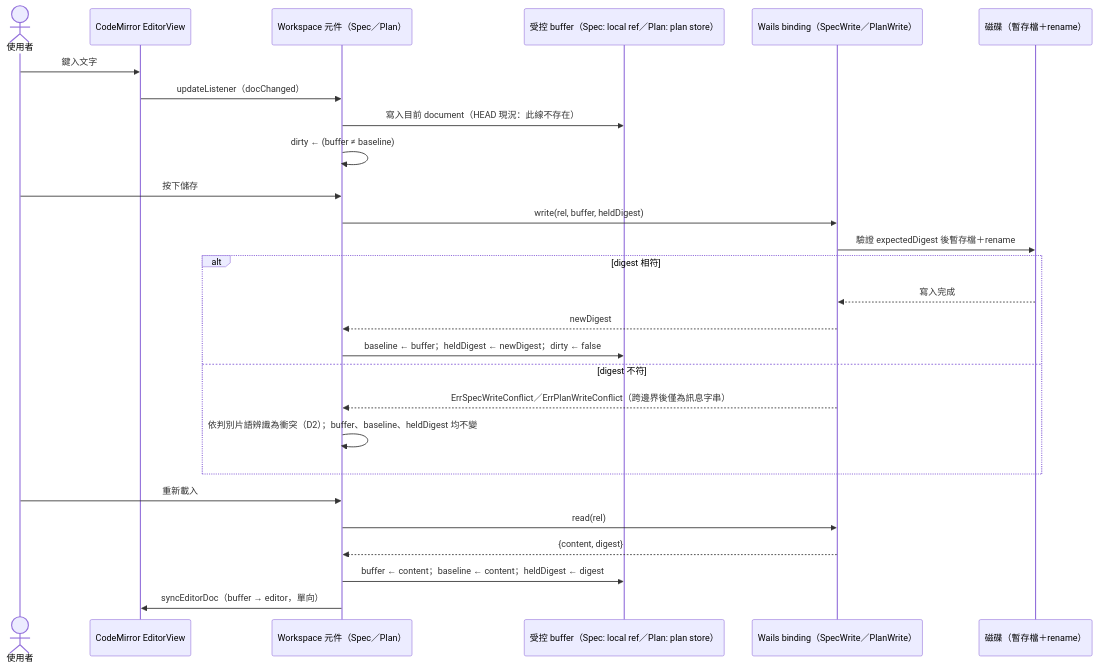
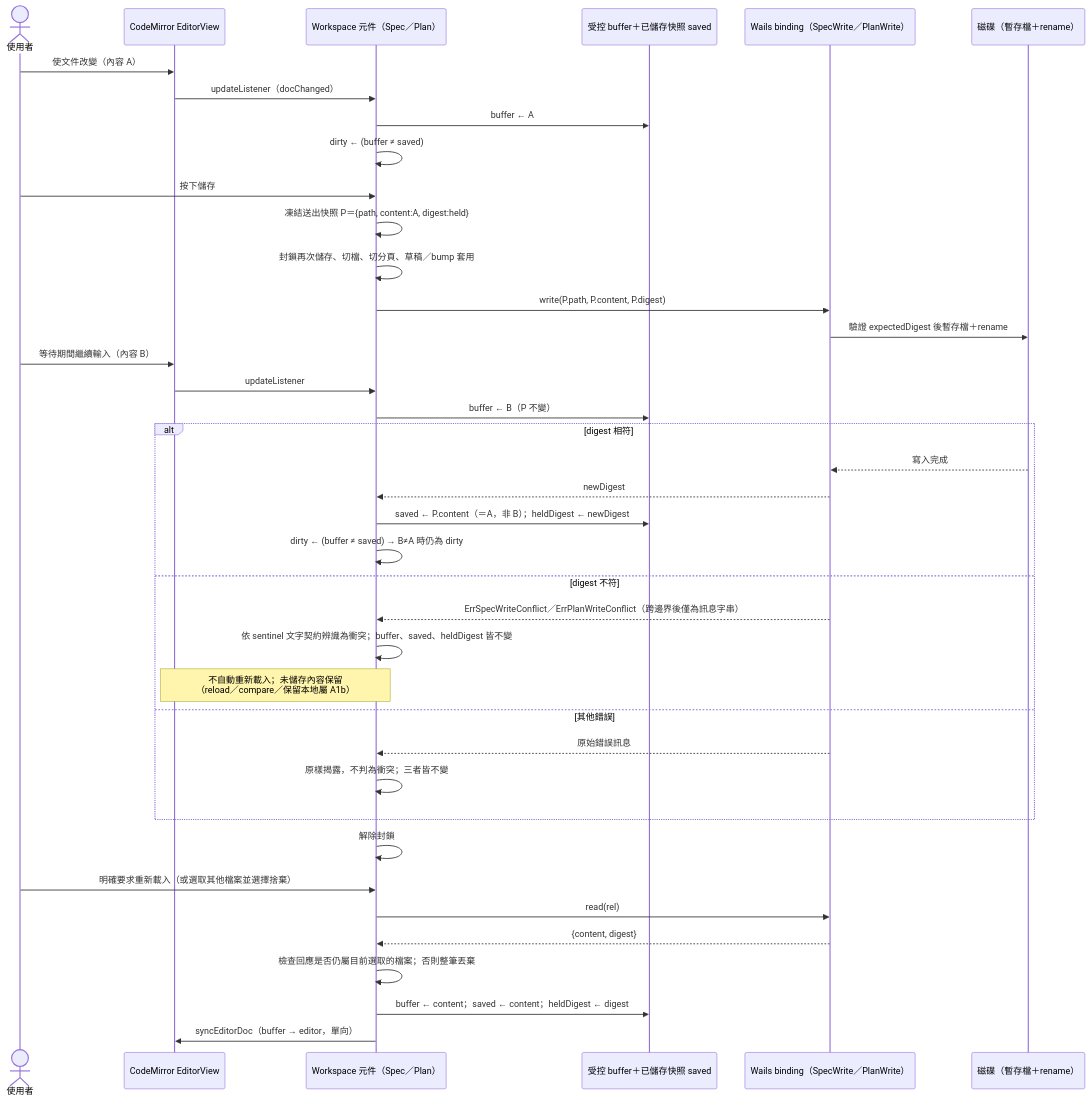
One commit to slam0504/ai-software-engineering changed the diagram in docs/architecture/diagrams/a1a-seq-save.mmd. Above: the diagram before and after it, drawn with Mermaid. The commit also changed 5 other files, not shown here.

First line of the commit message:
docs(a1a,b2b): A1a rev2（非同步儲存契約、場景改寫 18 案例、mutation 15 項、人工驗收、重估 2.16 pt 與拆票建議）＋B2b 一致性修正（plan rev8、backlog rev29）

```diff
--- a/docs/architecture/diagrams/a1a-seq-save.mmd
+++ b/docs/architecture/diagrams/a1a-seq-save.mmd
@@ -1,31 +1,45 @@
 sequenceDiagram
-  %% A1a：真實輸入 → 儲存 → 重載（含 digest 衝突分支）
+  %% A1a rev2：真實輸入 → 儲存（含等待期間繼續輸入）→ 衝突分支 → 重新載入
   actor U as 使用者
   participant CM as CodeMirror EditorView
   participant C as Workspace 元件（Spec／Plan）
-  participant B as 受控 buffer（Spec: local ref／Plan: plan store）
+  participant B as 受控 buffer＋已儲存快照 saved
   participant W as Wails binding（SpecWrite／PlanWrite）
   participant FS as 磁碟（暫存檔＋rename）
 
-  U->>CM: 鍵入文字
+  U->>CM: 使文件改變（內容 A）
   CM->>C: updateListener（docChanged）
-  C->>B: 寫入目前 document（HEAD 現況：此線不存在）
-  C->>C: dirty ← (buffer ≠ baseline)
+  C->>B: buffer ← A
+  C->>C: dirty ← (buffer ≠ saved)
 
   U->>C: 按下儲存
-  C->>W: write(rel, buffer, heldDigest)
+  C->>C: 凍結送出快照 P＝{path, content:A, digest:held}
+  C->>C: 封鎖再次儲存、切檔、切分頁、草稿／bump 套用
+  C->>W: write(P.path, P.content, P.digest)
   W->>FS: 驗證 expectedDigest 後暫存檔＋rename
+
+  U->>CM: 等待期間繼續輸入（內容 B）
+  CM->>C: updateListener
+  C->>B: buffer ← B（P 不變）
+
   alt digest 相符
     FS-->>W: 寫入完成
     W-->>C: newDigest
-    C->>B: baseline ← buffer；heldDigest ← newDigest；dirty ← false
+    C->>B: saved ← P.content（＝A，非 B）；heldDigest ← newDigest
+    C->>C: dirty ← (buffer ≠ saved) → B≠A 時仍為 dirty
   else digest 不符
     W-->>C: ErrSpecWriteConflict／ErrPlanWriteConflict（跨邊界後僅為訊息字串）
-    C->>C: 依判別片語辨識為衝突（D2）；buffer、baseline、heldDigest 均不變
+    C->>C: 依 sentinel 文字契約辨識為衝突；buffer、saved、heldDigest 皆不變
+    Note over C,CM: 不自動重新載入；未儲存內容保留<br/>（reload／compare／保留本地屬 A1b）
+  else 其他錯誤
+    W-->>C: 原始錯誤訊息
+    C->>C: 原樣揭露，不判為衝突；三者皆不變
   end
+  C->>C: 解除封鎖
 
-  U->>C: 重新載入
+  U->>C: 明確要求重新載入（或選取其他檔案並選擇捨棄）
   C->>W: read(rel)
   W-->>C: {content, digest}
-  C->>B: buffer ← content；baseline ← content；heldDigest ← digest
+  C->>C: 檢查回應是否仍屬目前選取的檔案；否則整筆丟棄
+  C->>B: buffer ← content；saved ← content；heldDigest ← digest
   C->>CM: syncEditorDoc（buffer → editor，單向）
```
